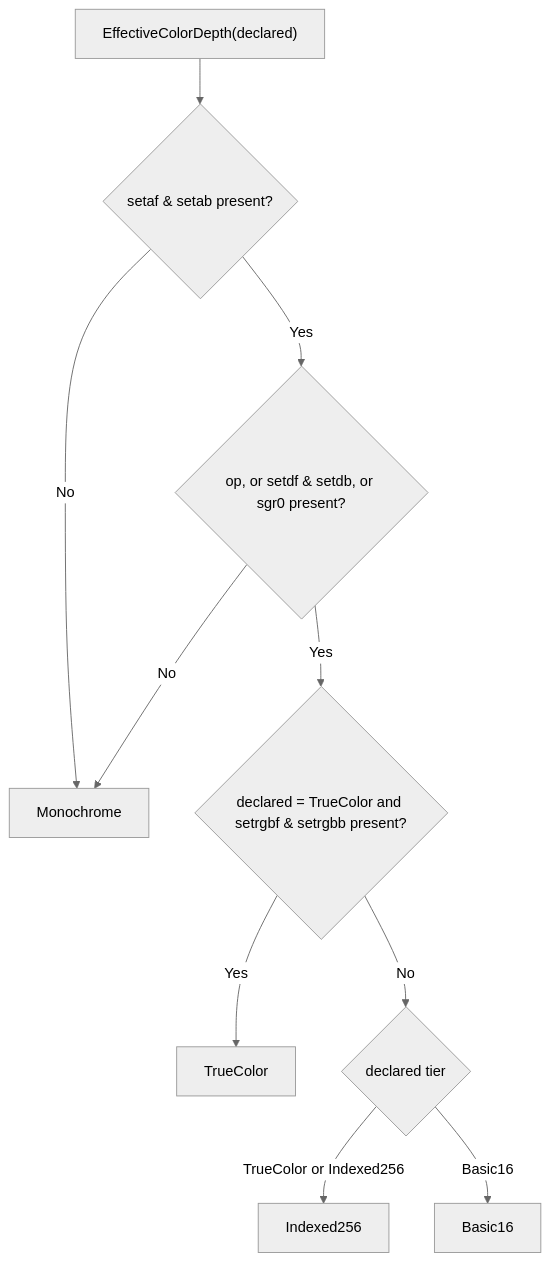
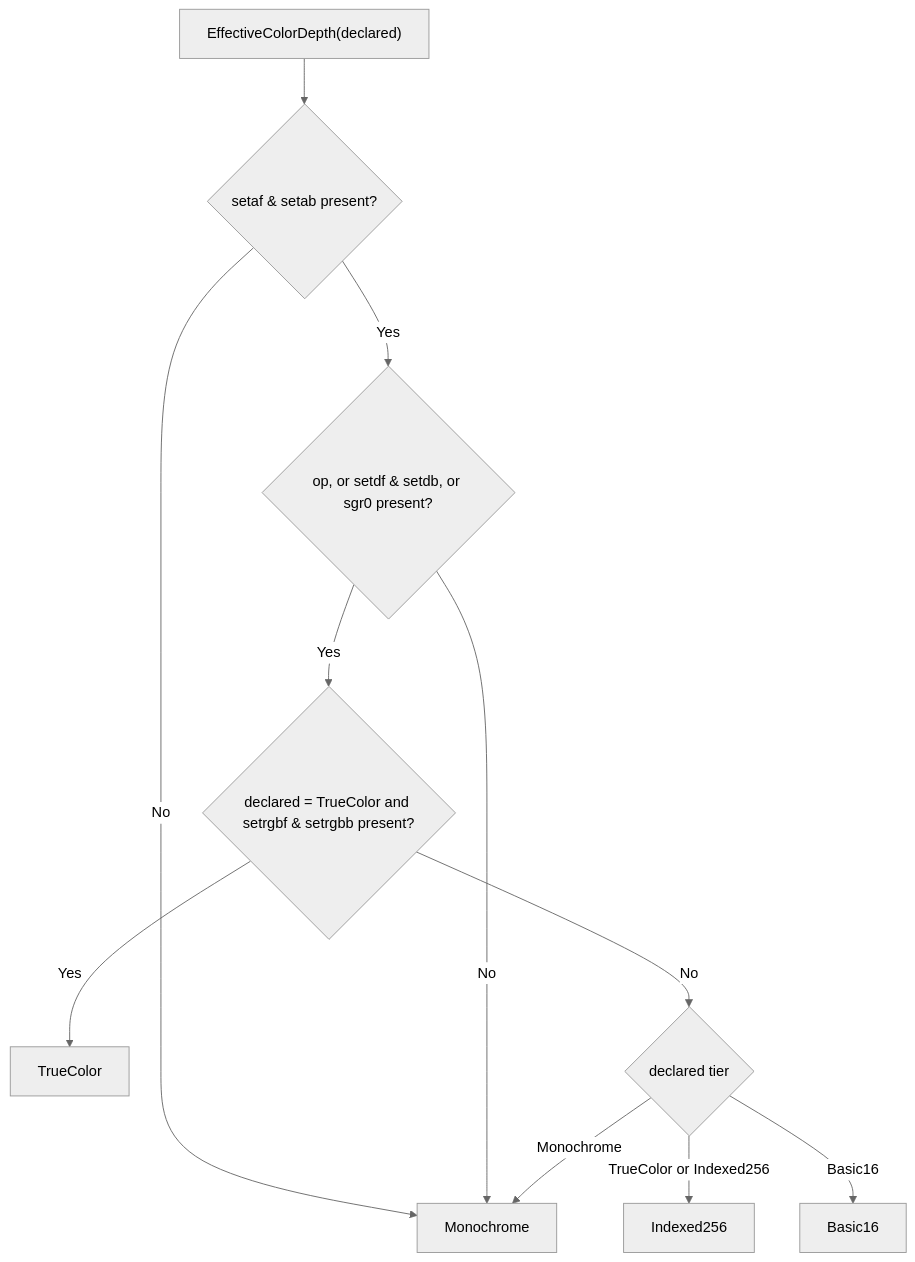
Before and after one commit to pavkam/sharp-vision: the third of 3 diagrams in docs/architecture/capabilities.md, drawn with Mermaid (neutral theme).

Commit message:
docs(terminal): add missing Monochrome edge to EffectiveColorDepth diagram
The Declared decision node in the EffectiveColorDepth flowchart showed only
two of its three real outgoing cases, omitting the Monochrome => Monochrome
branch. A declared-Monochrome tier with otherwise-complete setaf/setab and
defaults programs genuinely reaches this switch rather than short-circuiting
earlier, so the diagram left that path looking unhandled. Added the missing
edge, reusing the existing Mono node.

````diff
--- a/docs/architecture/capabilities.md
+++ b/docs/architecture/capabilities.md
@@ -418,12 +418,13 @@
 ```mermaid
 flowchart TD
     Start["EffectiveColorDepth(declared)"] --> IndexedGate{"setaf & setab present?"}
     IndexedGate -->|No| Mono["Monochrome"]
     IndexedGate -->|Yes| DefaultsGate{"op, or setdf & setdb, or sgr0 present?"}
     DefaultsGate -->|No| Mono
     DefaultsGate -->|Yes| TrueColorCheck{"declared = TrueColor and setrgbf & setrgbb present?"}
     TrueColorCheck -->|Yes| TrueColor["TrueColor"]
     TrueColorCheck -->|No| Declared{"declared tier"}
     Declared -->|"TrueColor or Indexed256"| Indexed256["Indexed256"]
     Declared -->|Basic16| Basic16["Basic16"]
+    Declared -->|Monochrome| Mono
 ```
````
